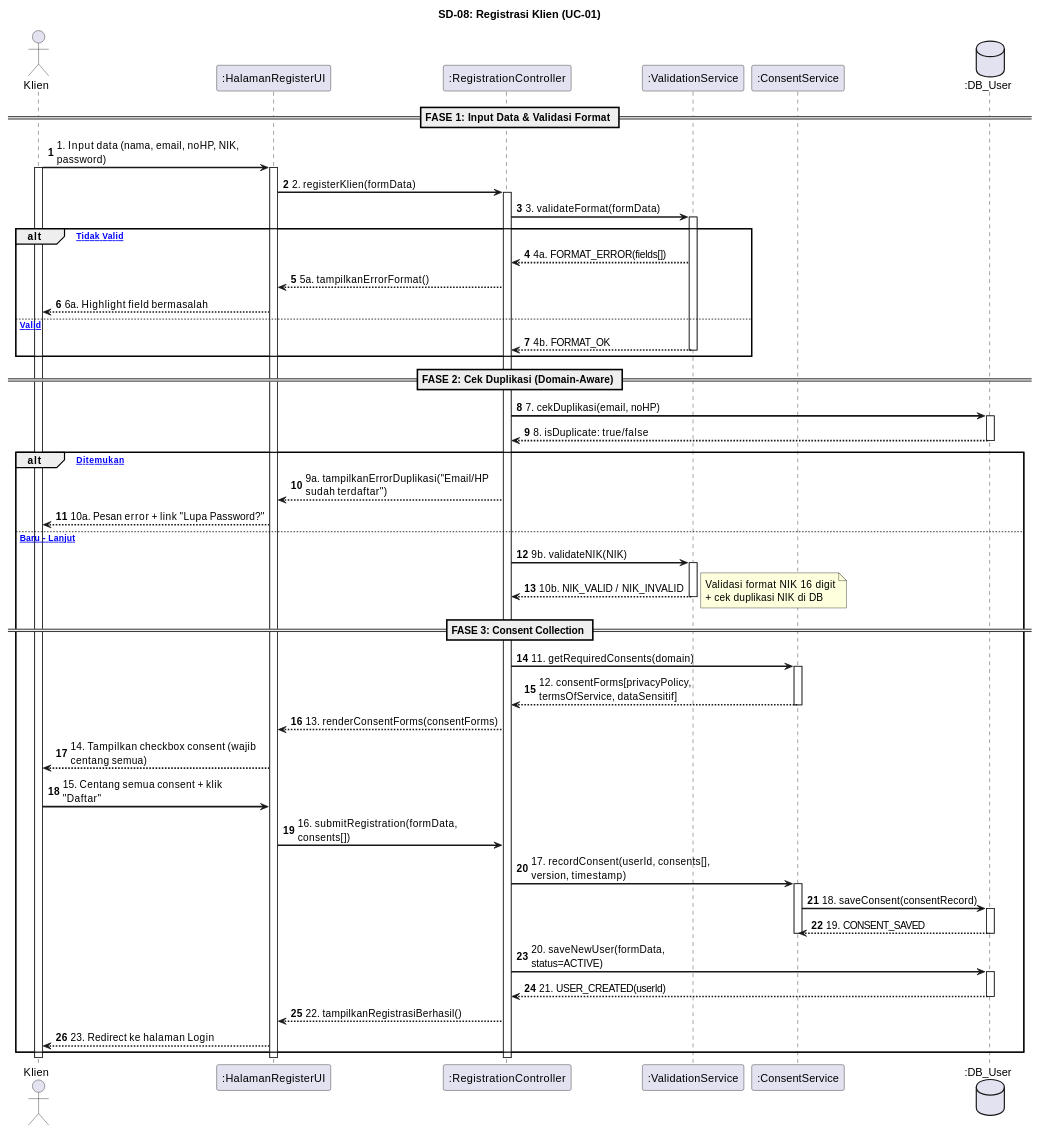
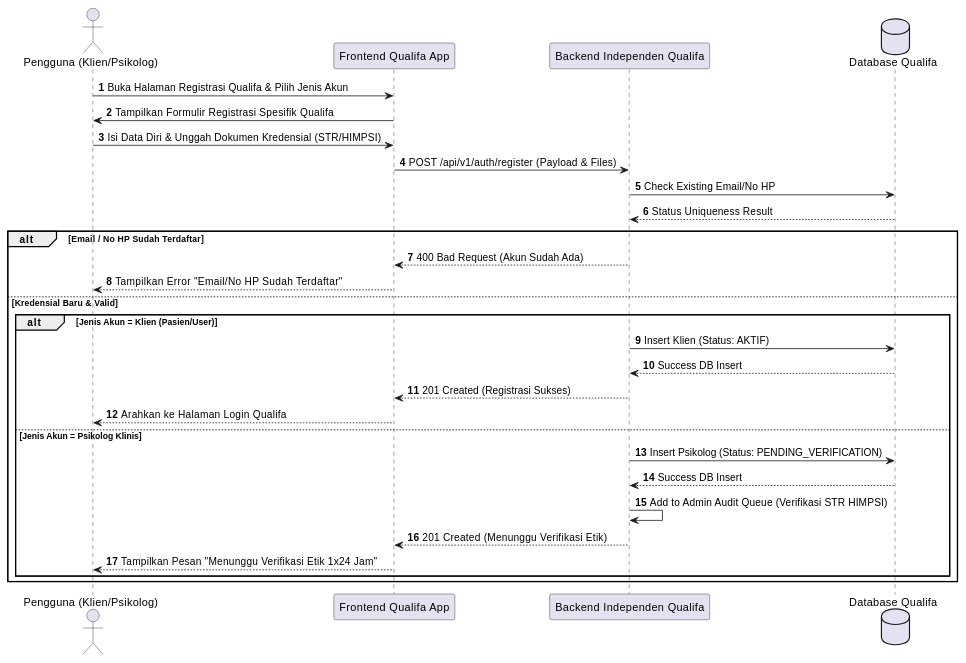
Before and after one commit to tupperwureism/SuperApp-Gagal: diagram 11 of 20 in MarkDown/plantuml_sequence_diagrams.md, drawn with PlantUML. The commit also changed other lines of this file and 60 other files, not shown here.

Commit message:
feat(ui/ux): implement Role-Aware Routing, domain separation (Qualifa & Justifiqa), and 6-Pillar UI Spec

````diff
--- a/MarkDown/plantuml_sequence_diagrams.md
+++ b/MarkDown/plantuml_sequence_diagrams.md
@@ -784,86 +378,35 @@
 ```plantuml
 @startuml
 autonumber
-skinparam sequenceArrowThickness 2
-skinparam maxMessageSize 250
+actor "Pengguna (Klien/Psikolog)" as User
+participant "Frontend Qualifa App" as FE
+participant "Backend Independen Qualifa" as BE
+database "Database Qualifa" as DB
 
-title SD-08: Registrasi Klien (UC-01)
+User -> FE : Buka Halaman Registrasi Qualifa & Pilih Jenis Akun
+FE -> User : Tampilkan Formulir Registrasi Spesifik Qualifa
+User -> FE : Isi Data Diri & Unggah Dokumen Kredensial (STR/HIMPSI)
+FE -> BE : POST /api/v1/auth/register (Payload & Files)
 
-actor "Klien" as K
-participant ":HalamanRegisterUI" as UI
-participant ":RegistrationController" as RC
-participant ":ValidationService" as VS
-participant ":ConsentService" as CS
-database ":DB_User" as DB
+BE -> DB : Check Existing Email/No HP
+DB --> BE : Status Uniqueness Result
 
-== FASE 1: Input Data & Validasi Format ==
-
-K -> UI : 1. Input data (nama, email, noHP, NIK, password)
-activate K
-activate UI
-UI -> RC : 2. registerKlien(formData)
-activate RC
-RC -> VS : 3. validateFormat(formData)
-activate VS
-
-alt [Format Tidak Valid]
-    VS --> RC : 4a. FORMAT_ERROR(fields[])
-    RC --> UI : 5a. tampilkanErrorFormat()
-    UI --> K : 6a. Highlight field bermasalah
-else [Format Valid]
-    VS --> RC : 4b. FORMAT_OK
-    deactivate VS
+alt Email / No HP Sudah Terdaftar
+    BE --> FE : 400 Bad Request (Akun Sudah Ada)
+    FE --> User : Tampilkan Error "Email/No HP Sudah Terdaftar"
+else Kredensial Baru & Valid
+    alt Jenis Akun = Klien (Pasien/User)
+        BE -> DB : Insert Klien (Status: AKTIF)
+        DB --> BE : Success DB Insert
+        BE --> FE : 201 Created (Registrasi Sukses)
+        FE --> User : Arahkan ke Halaman Login Qualifa
+    else Jenis Akun = Psikolog Klinis
+        BE -> DB : Insert Psikolog (Status: PENDING_VERIFICATION)
+        DB --> BE : Success DB Insert
+        BE -> BE : Add to Admin Audit Queue (Verifikasi STR HIMPSI)
+        BE --> FE : 201 Created (Menunggu Verifikasi Etik)
+        FE --> User : Tampilkan Pesan "Menunggu Verifikasi Etik 1x24 Jam"
+    end
 end
-
-== FASE 2: Cek Duplikasi (Domain-Aware) ==
-
-RC -> DB : 7. cekDuplikasi(email, noHP)
-activate DB
-DB --> RC : 8. isDuplicate: true/false
-deactivate DB
-
-alt [Duplikasi Ditemukan]
-    RC --> UI : 9a. tampilkanErrorDuplikasi("Email/HP sudah terdaftar")
-    UI --> K : 10a. Pesan error + link "Lupa Password?"
-else [Data Baru - Lanjut]
-
-    RC -> VS : 9b. validateNIK(NIK)
-    activate VS
-    VS --> RC : 10b. NIK_VALID / NIK_INVALID
-    deactivate VS
-    note right : Validasi format NIK 16 digit\n+ cek duplikasi NIK di DB
-
-    == FASE 3: Consent Collection ==
-
-    RC -> CS : 11. getRequiredConsents(domain)
-    activate CS
-    CS --> RC : 12. consentForms[privacyPolicy, termsOfService, dataSensitif]
-    deactivate CS
-    RC --> UI : 13. renderConsentForms(consentForms)
-    UI --> K : 14. Tampilkan checkbox consent (wajib centang semua)
-
-    K -> UI : 15. Centang semua consent + klik "Daftar"
-    UI -> RC : 16. submitRegistration(formData, consents[])
-
-    RC -> CS : 17. recordConsent(userId, consents[], version, timestamp)
-    activate CS
-    CS -> DB : 18. saveConsent(consentRecord)
-    activate DB
-    DB --> CS : 19. CONSENT_SAVED
-    deactivate DB
-    deactivate CS
-
-    RC -> DB : 20. saveNewUser(formData, status=ACTIVE)
-    activate DB
-    DB --> RC : 21. USER_CREATED(userId)
-    deactivate DB
-
-    RC --> UI : 22. tampilkanRegistrasiBerhasil()
-    UI --> K : 23. Redirect ke halaman Login
-end
-
-deactivate RC
-deactivate UI
-deactivate K
 @enduml
 ```
````
